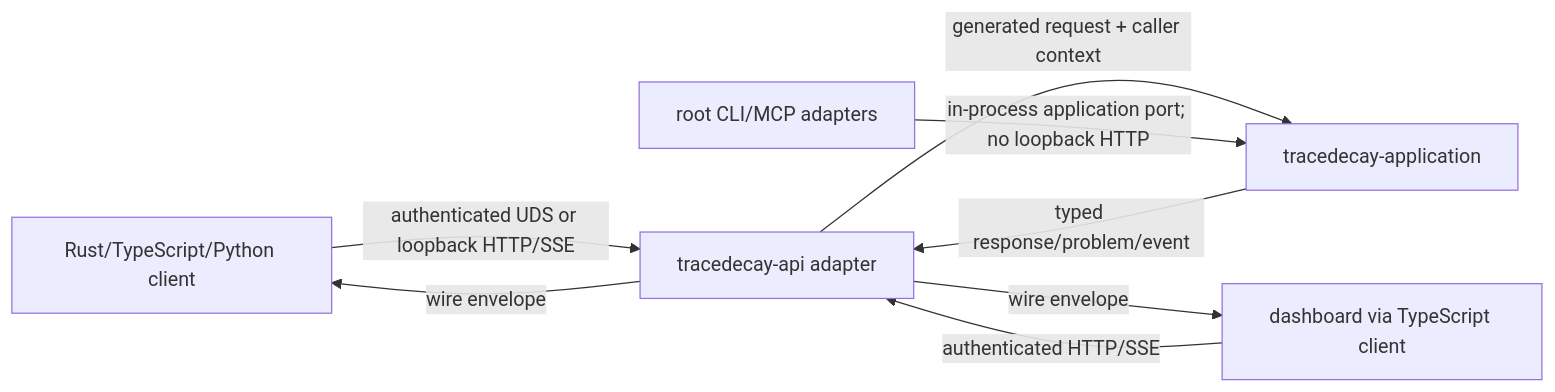
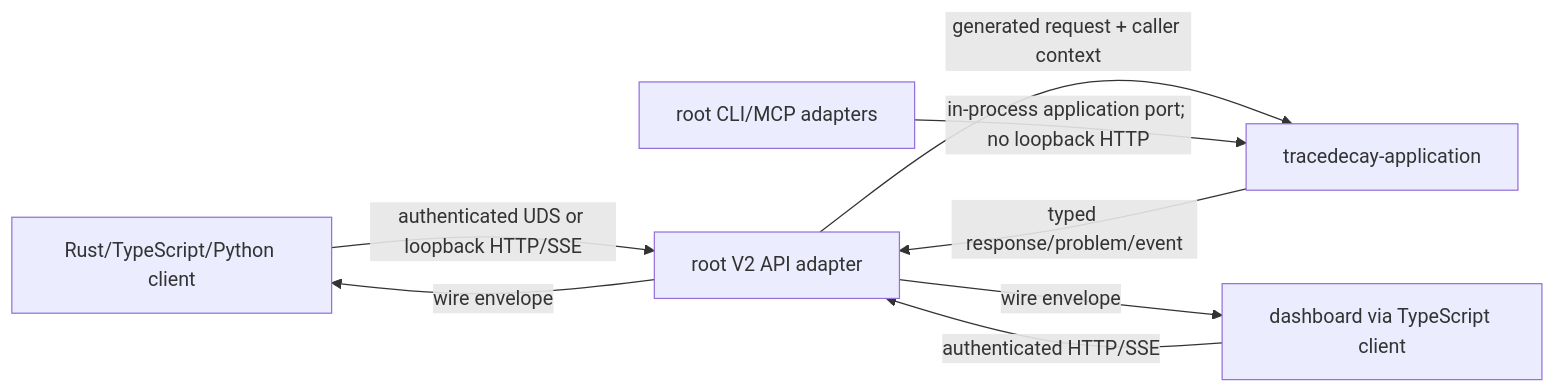
Before and after one commit to ScriptedAlchemy/tracedecay: the second of 2 diagrams in docs/plans/tracedecay-v2/19-system-defragmentation-convergence-and-extensibility.md, drawn with Mermaid. The commit also changed other lines of this file and 28 other files, not shown here.

````diff
--- a/docs/plans/tracedecay-v2/19-system-defragmentation-convergence-and-extensibility.md
+++ b/docs/plans/tracedecay-v2/19-system-defragmentation-convergence-and-extensibility.md
@@ -364,10 +406,10 @@
 ```mermaid
 flowchart LR
-    RC["Rust/TypeScript/Python client"] -->|"authenticated UDS or loopback HTTP/SSE"| API["tracedecay-api adapter"]
+    RC["Rust/TypeScript/Python client"] -->|"authenticated UDS or loopback HTTP/SSE"| API["root V2 API adapter"]
     UI["dashboard via TypeScript client"] -->|"authenticated HTTP/SSE"| API
     API -->|"generated request + caller context"| A["tracedecay-application"]
     A -->|"typed response/problem/event"| API
     API -->|"wire envelope"| RC
     API -->|"wire envelope"| UI
     ROOT["root CLI/MCP adapters"] -->|"in-process application port; no loopback HTTP"| A
 ```
````
